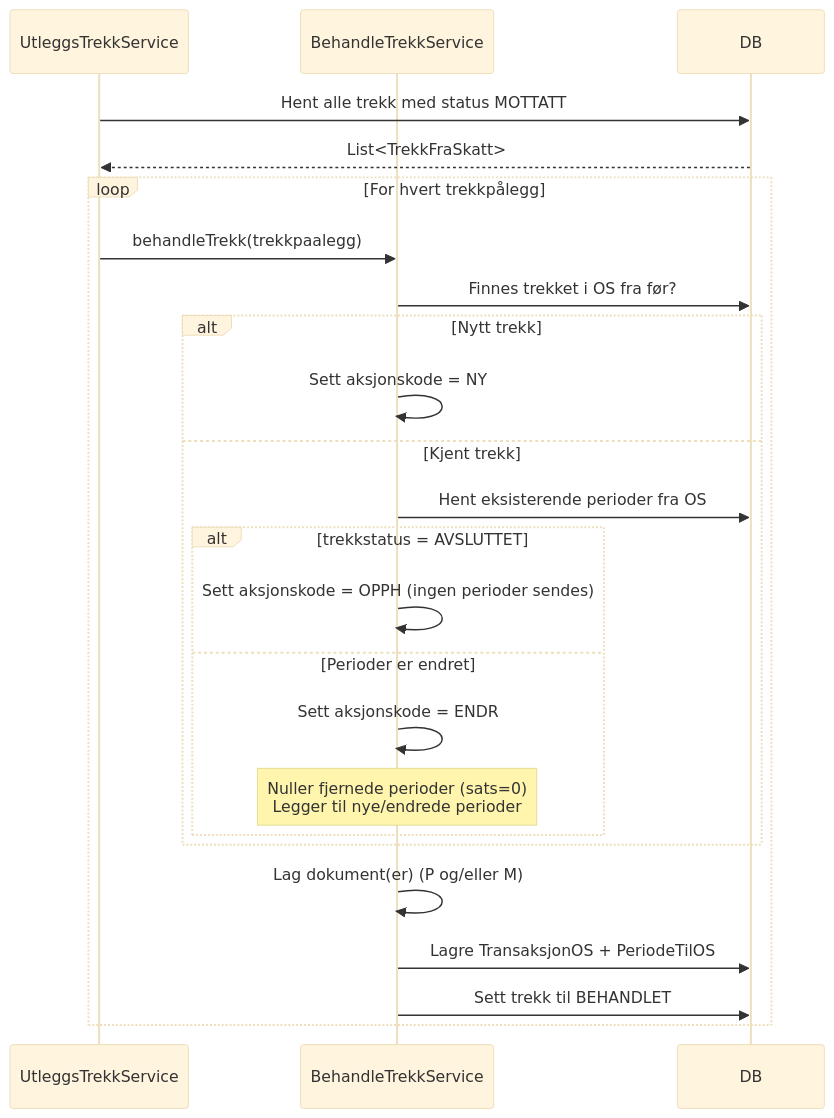
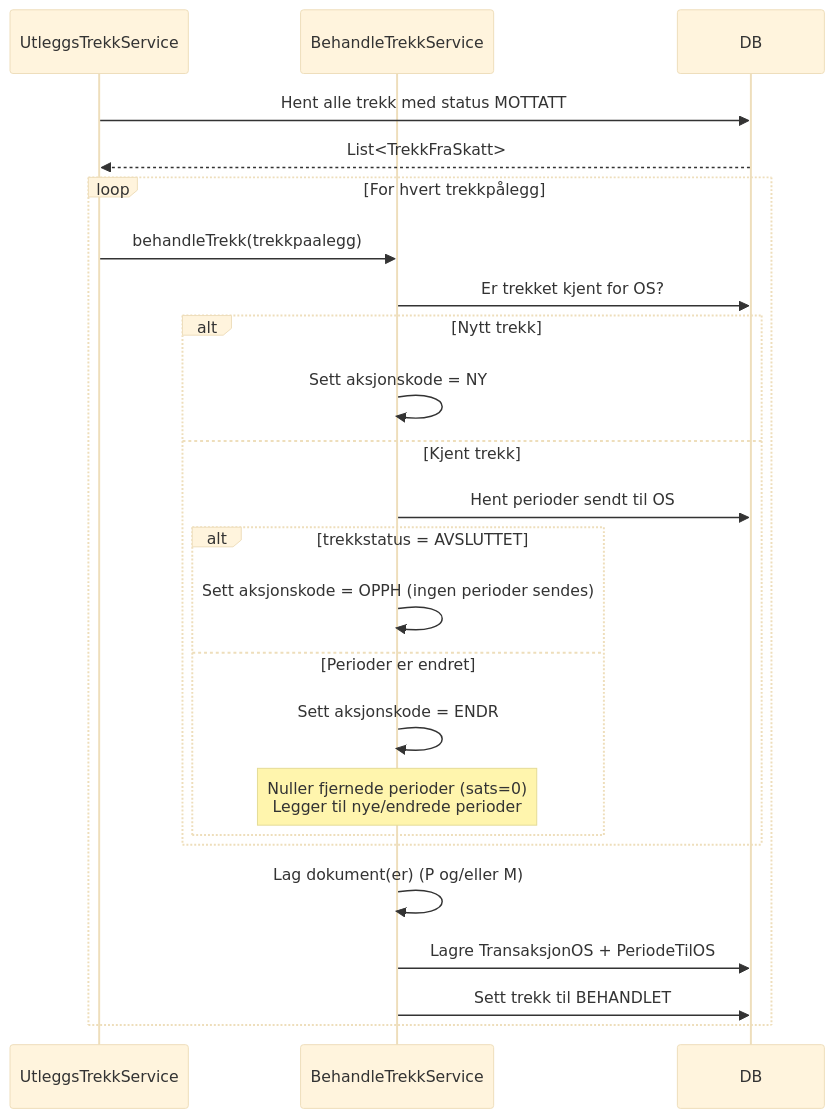
Before and after one commit to navikt/sokos-utleggstrekk: the second of 4 diagrams in dokumentasjon/detaljert/flyt.md, drawn with Mermaid (base theme). The commit also changed other lines of this file and 3 other files, not shown here.

````diff
--- a/dokumentasjon/detaljert/flyt.md
+++ b/dokumentasjon/detaljert/flyt.md
@@ -58,27 +43,27 @@
 ```mermaid
 sequenceDiagram
     participant UtleggsTrekkService
     participant BehandleTrekkService
     participant DB
 
     UtleggsTrekkService->>DB: Hent alle trekk med status MOTTATT
     DB-->>UtleggsTrekkService: List<TrekkFraSkatt>
     loop For hvert trekkpålegg
         UtleggsTrekkService->>BehandleTrekkService: behandleTrekk(trekkpaalegg)
-        BehandleTrekkService->>DB: Finnes trekket i OS fra før?
+        BehandleTrekkService->>DB: Er trekket kjent for OS?
         alt Nytt trekk
             BehandleTrekkService->>BehandleTrekkService: Sett aksjonskode = NY
         else Kjent trekk
-            BehandleTrekkService->>DB: Hent eksisterende perioder fra OS
+            BehandleTrekkService->>DB: Hent perioder sendt til OS
             alt trekkstatus = AVSLUTTET
                 BehandleTrekkService->>BehandleTrekkService: Sett aksjonskode = OPPH (ingen perioder sendes)
             else Perioder er endret
                 BehandleTrekkService->>BehandleTrekkService: Sett aksjonskode = ENDR
                 note over BehandleTrekkService: Nuller fjernede perioder (sats=0)<br/>Legger til nye/endrede perioder
             end
         end
         BehandleTrekkService->>BehandleTrekkService: Lag dokument(er) (P og/eller M)
         BehandleTrekkService->>DB: Lagre TransaksjonOS + PeriodeTilOS
         BehandleTrekkService->>DB: Sett trekk til BEHANDLET
     end
 ```
````
